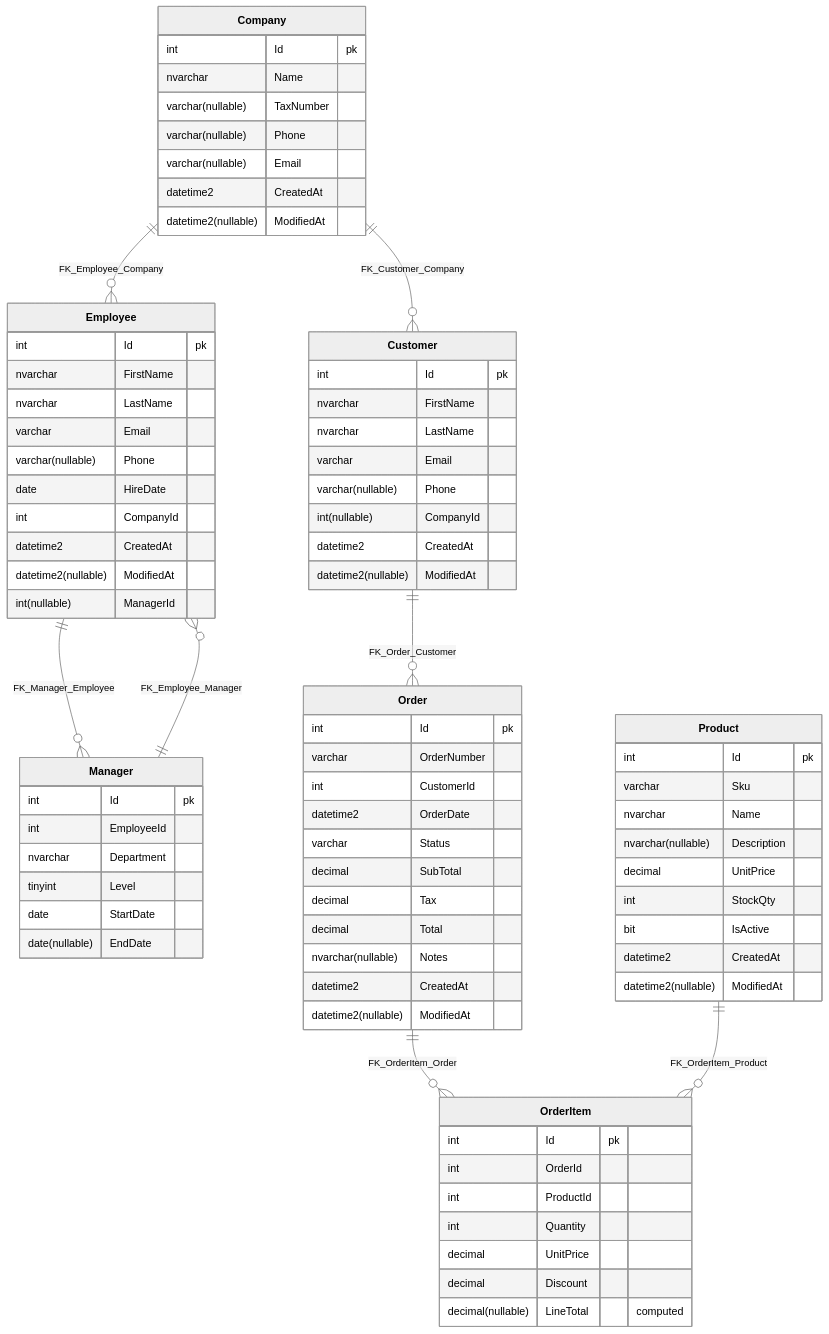
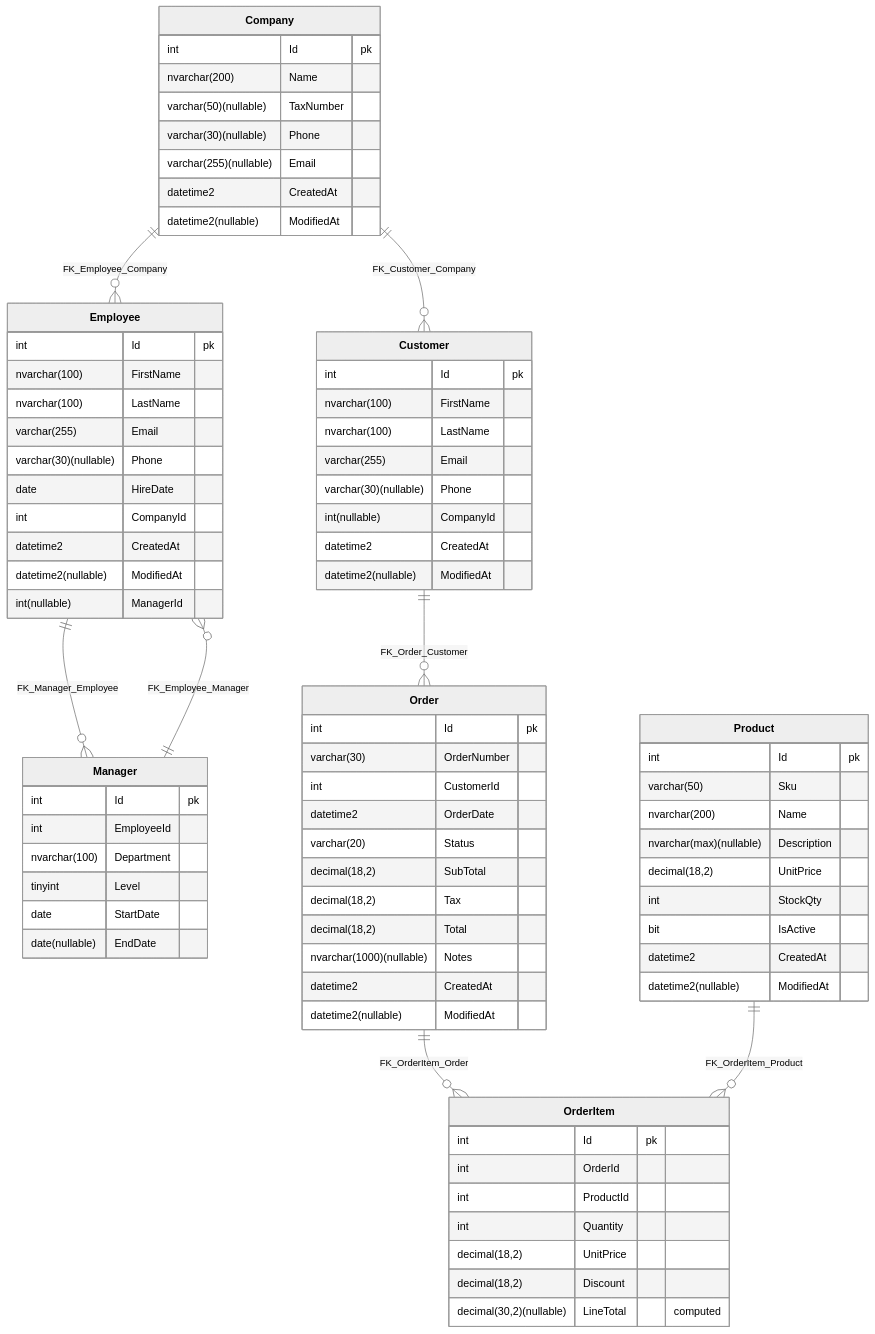
One commit to SimonCropp/DbToMermaid changed the diagram in src/SqlServerToMermaid.Tests/Tests.RenderMarkdown.verified.md. Above: the diagram before and after it, drawn with Mermaid (neutral theme). The commit also changed 26 other files, not shown here.

````diff
--- a/src/SqlServerToMermaid.Tests/Tests.RenderMarkdown.verified.md
+++ b/src/SqlServerToMermaid.Tests/Tests.RenderMarkdown.verified.md
@@ -2,82 +2,82 @@
 ```mermaid
 erDiagram
   Company["**Company**"] {
     int Id pk
-    nvarchar Name
-    varchar(nullable) TaxNumber
-    varchar(nullable) Phone
-    varchar(nullable) Email
+    nvarchar(200) Name
+    varchar(50)(nullable) TaxNumber
+    varchar(30)(nullable) Phone
+    varchar(255)(nullable) Email
     datetime2 CreatedAt
     datetime2(nullable) ModifiedAt
   }
   Customer["**Customer**"] {
     int Id pk
-    nvarchar FirstName
-    nvarchar LastName
-    varchar Email
-    varchar(nullable) Phone
+    nvarchar(100) FirstName
+    nvarchar(100) LastName
+    varchar(255) Email
+    varchar(30)(nullable) Phone
     int(nullable) CompanyId
     datetime2 CreatedAt
     datetime2(nullable) ModifiedAt
   }
   Employee["**Employee**"] {
     int Id pk
-    nvarchar FirstName
-    nvarchar LastName
-    varchar Email
-    varchar(nullable) Phone
+    nvarchar(100) FirstName
+    nvarchar(100) LastName
+    varchar(255) Email
+    varchar(30)(nullable) Phone
     date HireDate
     int CompanyId
     datetime2 CreatedAt
     datetime2(nullable) ModifiedAt
     int(nullable) ManagerId
   }
   Manager["**Manager**"] {
     int Id pk
     int EmployeeId
-    nvarchar Department
+    nvarchar(100) Department
     tinyint Level
     date StartDate
     date(nullable) EndDate
   }
   Order["**Order**"] {
     int Id pk
-    varchar OrderNumber
+    varchar(30) OrderNumber
     int CustomerId
     datetime2 OrderDate
-    varchar Status
-    decimal SubTotal
-    decimal Tax
-    decimal Total
-    nvarchar(nullable) Notes
+    varchar(20) Status
+    decimal(18,2) SubTotal
+    decimal(18,2) Tax
+    decimal(18,2) Total
+    nvarchar(1000)(nullable) Notes
     datetime2 CreatedAt
     datetime2(nullable) ModifiedAt
   }
   OrderItem["**OrderItem**"] {
     int Id pk
     int OrderId
     int ProductId
     int Quantity
-    decimal UnitPrice
-    decimal Discount
-    decimal(nullable) LineTotal "computed"
+    decimal(18,2) UnitPrice
+    decimal(18,2) Discount
+    decimal(30,2)(nullable) LineTotal "computed"
   }
   Product["**Product**"] {
     int Id pk
-    varchar Sku
-    nvarchar Name
-    nvarchar(nullable) Description
-    decimal UnitPrice
+    varchar(50) Sku
+    nvarchar(200) Name
+    nvarchar(max)(nullable) Description
+    decimal(18,2) UnitPrice
     int StockQty
     bit IsActive
     datetime2 CreatedAt
     datetime2(nullable) ModifiedAt
   }
   Company ||--o{ Customer : "FK_Customer_Company"
   Company ||--o{ Employee : "FK_Employee_Company"
   Customer ||--o{ Order : "FK_Order_Customer"
   Employee ||--o{ Manager : "FK_Manager_Employee"
   Manager ||--o{ Employee : "FK_Employee_Manager"
   Order ||--o{ OrderItem : "FK_OrderItem_Order"
   Product ||--o{ OrderItem : "FK_OrderItem_Product"
 ```
````
